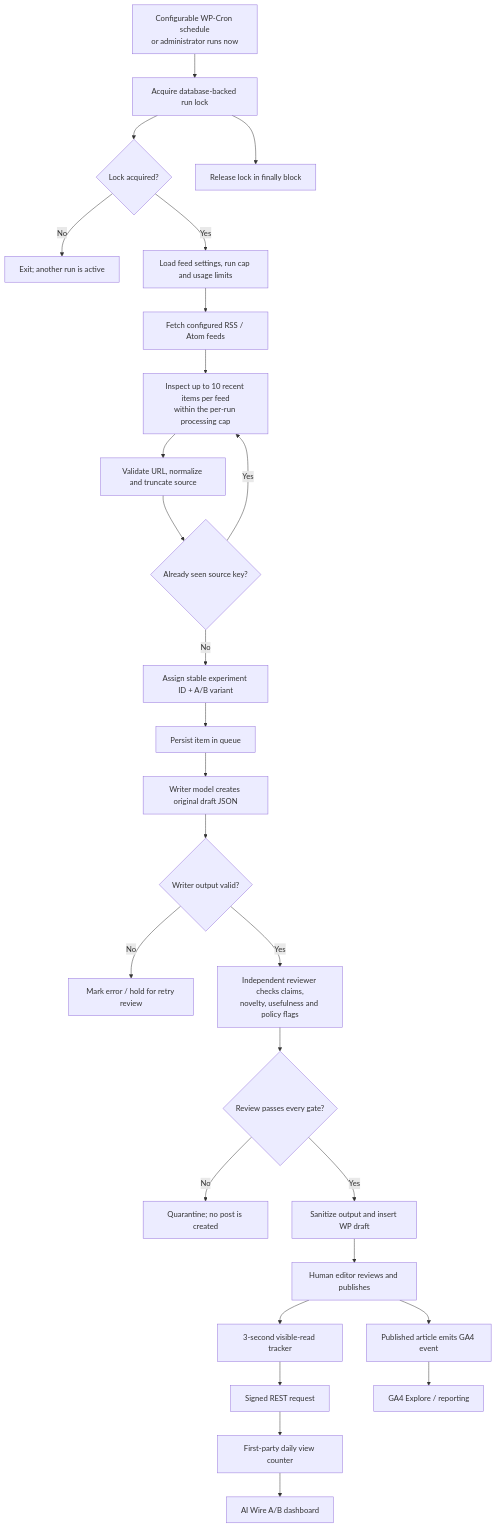
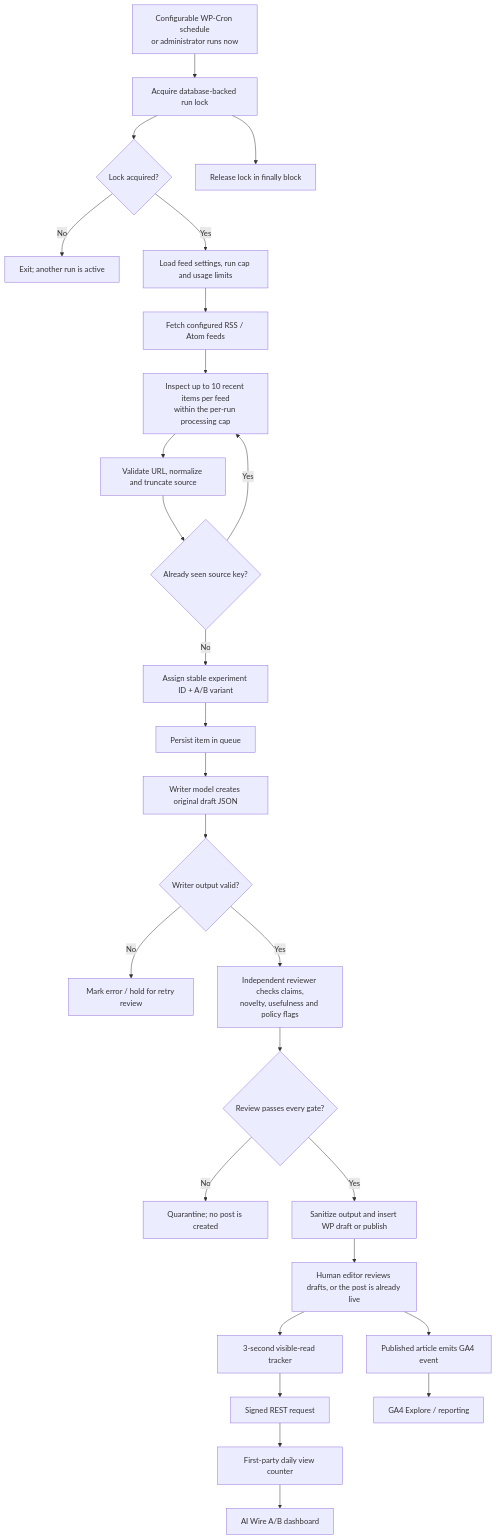
One commit to HaneetGH/technorapper-ai-wire changed the first of 3 diagrams in README.md. Above: the diagram before and after it, drawn with Mermaid. The commit also changed other lines of this file and 2 other files, not shown here.

First line of the commit message:
Add an opt-in auto-publish mode that skips drafts.

````diff
--- a/README.md
+++ b/README.md
@@ -13,29 +13,29 @@
 ```mermaid
 flowchart TD
     A["Configurable WP-Cron schedule<br/>or administrator runs now"] --> B["Acquire database-backed run lock"]
     B --> C{"Lock acquired?"}
     C -- No --> C1["Exit; another run is active"]
     C -- Yes --> D["Load feed settings, run cap and usage limits"]
     D --> E["Fetch configured RSS / Atom feeds"]
     E --> F["Inspect up to 10 recent items per feed<br/>within the per-run processing cap"]
     F --> G["Validate URL, normalize and truncate source"]
     G --> H{"Already seen source key?"}
     H -- Yes --> F
     H -- No --> I["Assign stable experiment ID + A/B variant"]
     I --> J["Persist item in queue"]
     J --> K["Writer model creates original draft JSON"]
     K --> L{"Writer output valid?"}
     L -- No --> L1["Mark error / hold for retry review"]
     L -- Yes --> M["Independent reviewer checks claims,<br/>novelty, usefulness and policy flags"]
     M --> N{"Review passes every gate?"}
     N -- No --> N1["Quarantine; no post is created"]
-    N -- Yes --> O["Sanitize output and insert WP draft"]
-    O --> P["Human editor reviews and publishes"]
+    N -- Yes --> O["Sanitize output and insert WP draft or publish"]
+    O --> P["Human editor reviews drafts, or the post is already live"]
     P --> Q["Published article emits GA4 event"]
     P --> R["3-second visible-read tracker"]
     R --> S["Signed REST request"]
     S --> T["First-party daily view counter"]
     Q --> U["GA4 Explore / reporting"]
     T --> V["AI Wire A/B dashboard"]
     B --> W["Release lock in finally block"]
 ```
````
